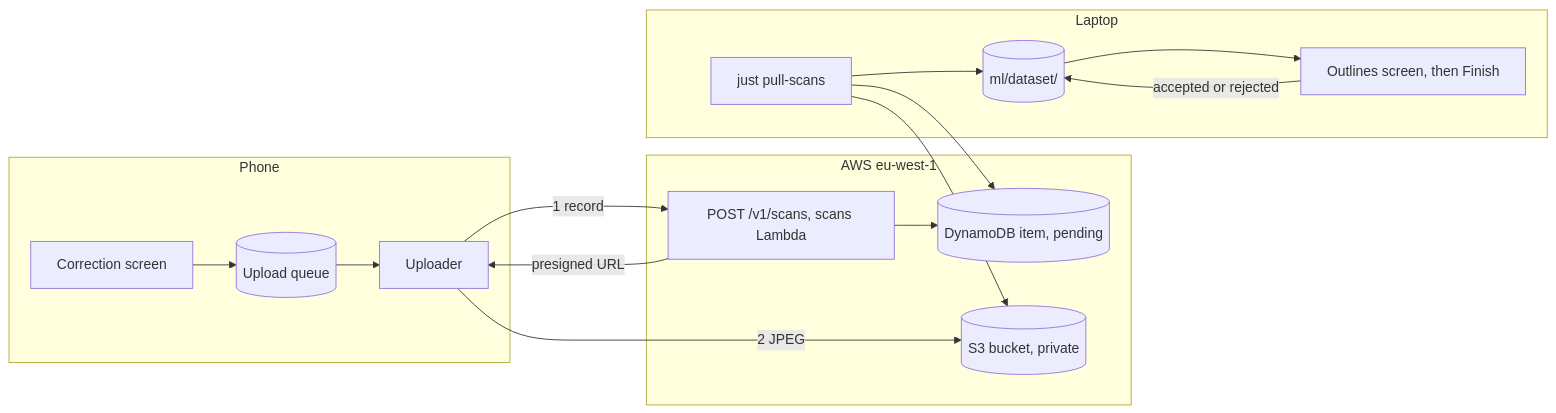
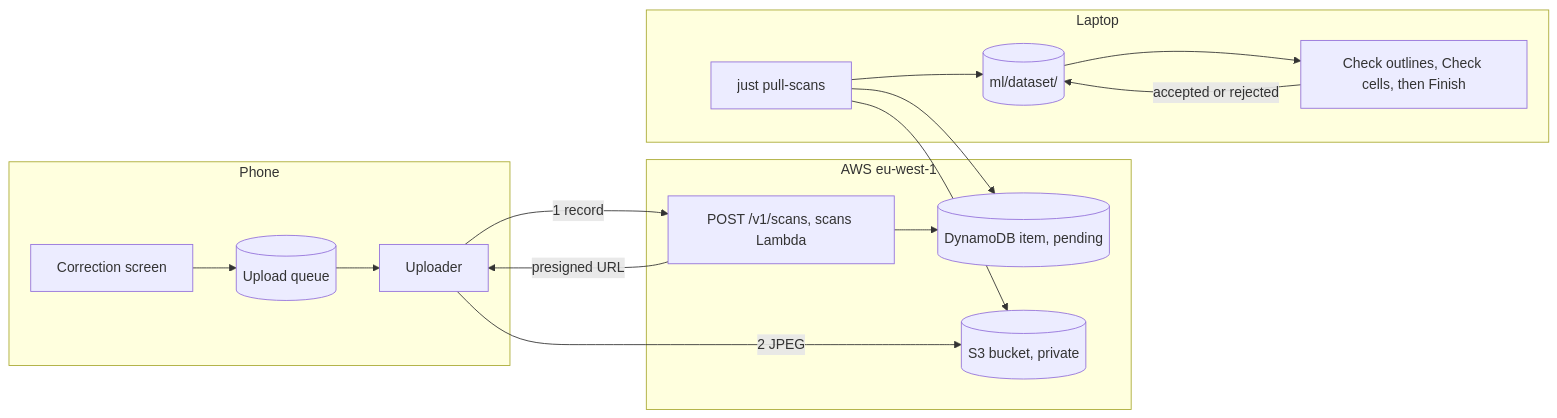
One commit to vandemaelefelix/sudoku changed the diagram in docs/architecture/00-concepts/scan-collection.md. Above: the diagram before and after it, drawn with Mermaid. The commit also changed other lines of this file and 23 other files, not shown here.

First line of the commit message:
feat(ml): check every uploaded cell per digit, sorted by doubt, and train on verified cells only (#253)

````diff
--- a/docs/architecture/00-concepts/scan-collection.md
+++ b/docs/architecture/00-concepts/scan-collection.md
@@ -73,21 +101,21 @@
 ```mermaid
 flowchart LR
   subgraph Phone
     correct["Correction screen"] --> queue[("Upload queue")]
     queue --> uploader["Uploader"]
   end
   subgraph AWS["AWS eu-west-1"]
     route["POST /v1/scans, scans Lambda"] --> db[("DynamoDB item, pending")]
     s3[("S3 bucket, private")]
   end
   subgraph Laptop
     pull["just pull-scans"] --> dataset[("ml/dataset/")]
-    dataset --> review["Outlines screen, then Finish"]
+    dataset --> review["Check outlines, Check cells, then Finish"]
     review -- "accepted or rejected" --> dataset
   end
   uploader -- "1 record" --> route
   route -- "presigned URL" --> uploader
   uploader -- "2 JPEG" --> s3
   pull --> db
   pull --> s3
 ```
````
